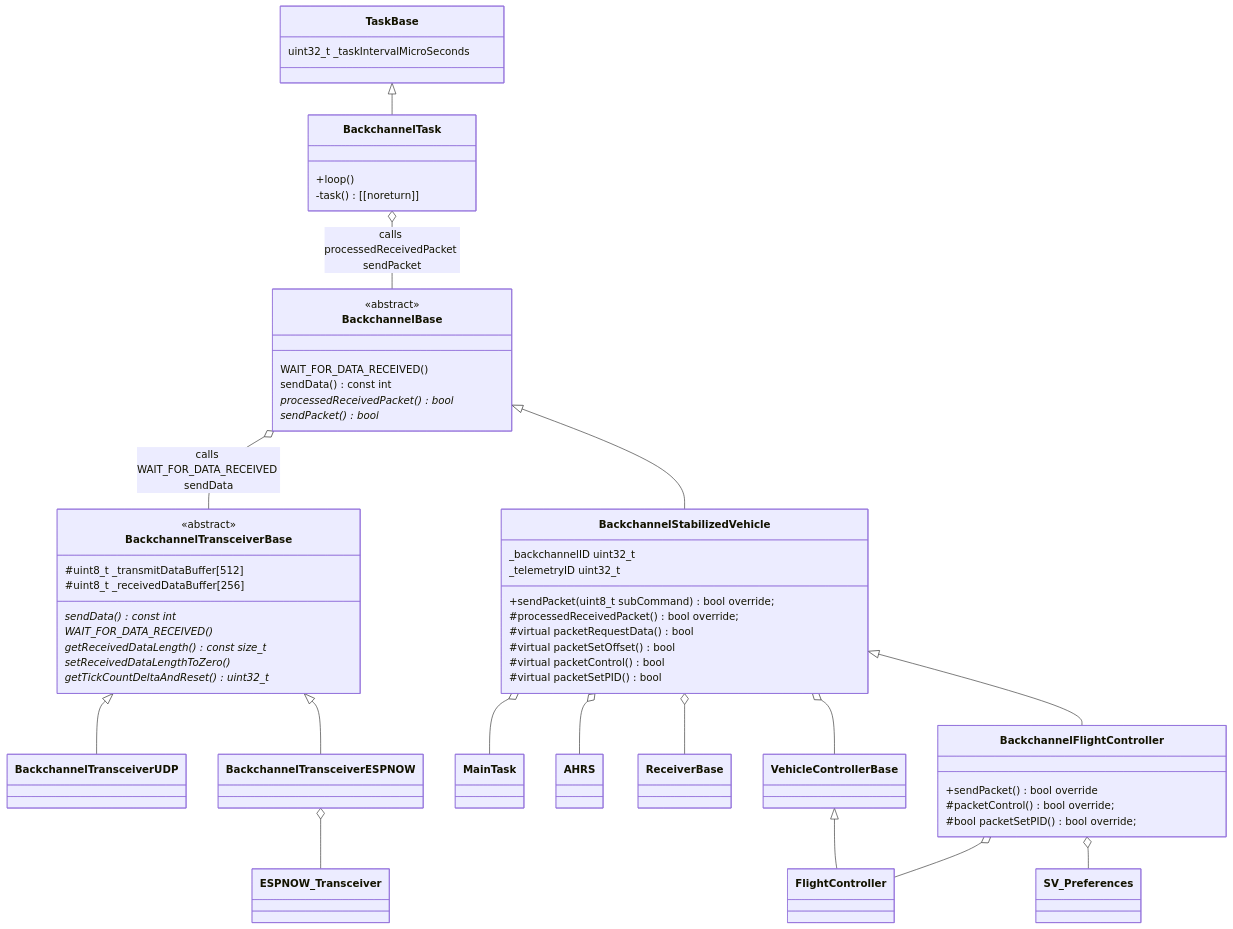
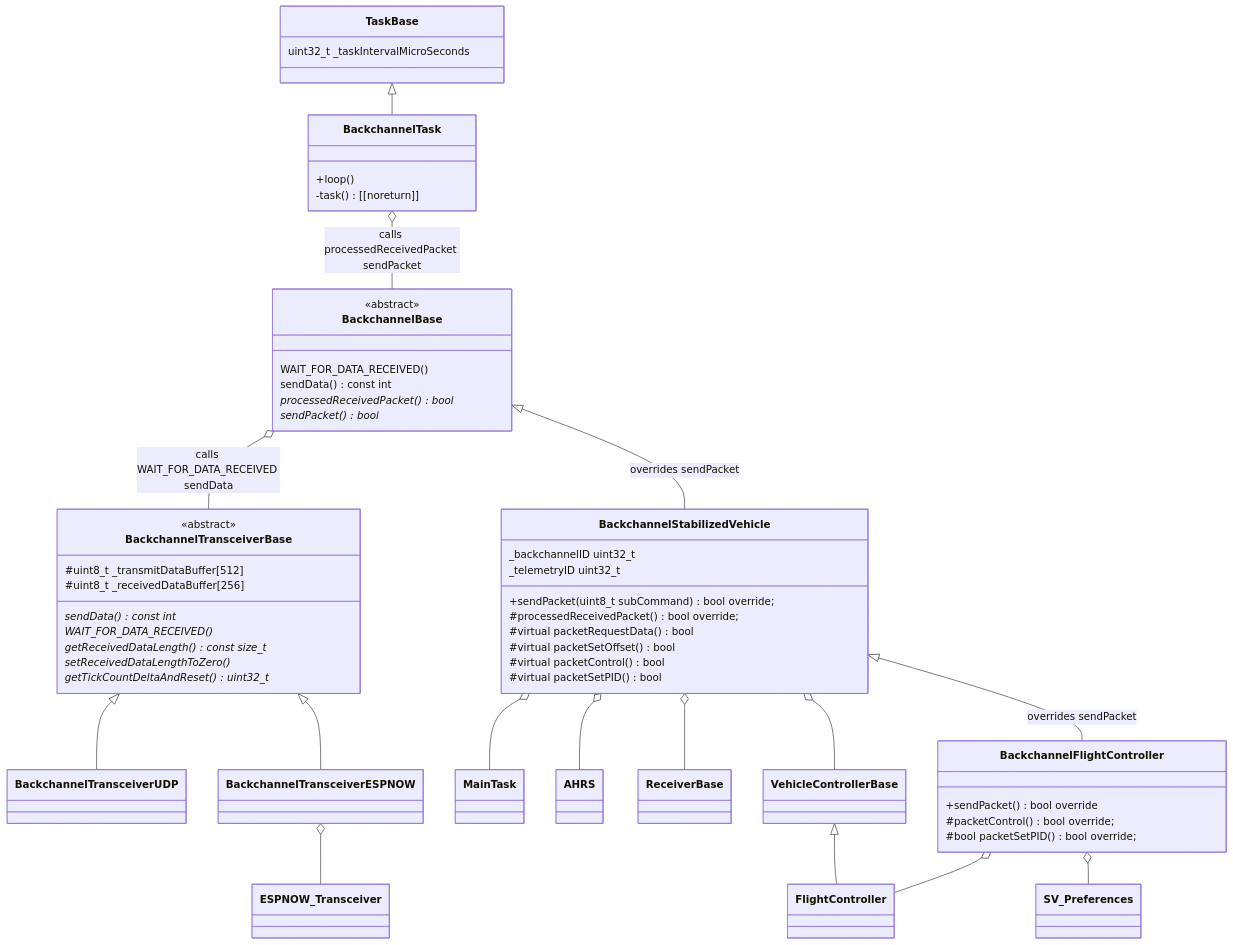
One commit to martinbudden/Protoflight changed the fifth of 5 diagrams in README.md. Above: the diagram before and after it, drawn with Mermaid. The commit also changed 3 other files, not shown here.

````diff
--- a/README.md
+++ b/README.md
@@ -688,64 +688,64 @@
 ```mermaid
 classDiagram
     class BackchannelTransceiverBase {
         <<abstract>>
         sendData() const int *
         WAIT_FOR_DATA_RECEIVED() *
         getReceivedDataLength() const size_t *
         setReceivedDataLengthToZero() *
         getTickCountDeltaAndReset() uint32_t *
         #uint8_t _transmitDataBuffer[512]
         #uint8_t _receivedDataBuffer[256]
     }
 
     class BackchannelBase {
         <<abstract>>
         WAIT_FOR_DATA_RECEIVED()
         sendData() const int
         processedReceivedPacket() bool *
         sendPacket() bool *
     }
     BackchannelBase o-- BackchannelTransceiverBase : calls WAIT_FOR_DATA_RECEIVED sendData
 
     BackchannelTransceiverBase <|-- BackchannelTransceiverUDP
 
     BackchannelTransceiverBase <|-- BackchannelTransceiverESPNOW
     BackchannelTransceiverESPNOW o-- ESPNOW_Transceiver
 
-    BackchannelBase <|-- BackchannelStabilizedVehicle
+    BackchannelBase <|-- BackchannelStabilizedVehicle : overrides sendPacket
     class BackchannelStabilizedVehicle {
         _backchannelID uint32_t
         _telemetryID uint32_t
         +sendPacket(uint8_t subCommand) bool override;
         #processedReceivedPacket() bool override;
         #virtual packetRequestData() bool
         #virtual packetSetOffset() bool
         #virtual packetControl() bool
         #virtual packetSetPID() bool
     }
     BackchannelStabilizedVehicle o-- MainTask
     BackchannelStabilizedVehicle o-- AHRS
     BackchannelStabilizedVehicle o-- ReceiverBase
     BackchannelStabilizedVehicle o-- VehicleControllerBase
 
-    BackchannelStabilizedVehicle <|--BackchannelFlightController
+    BackchannelStabilizedVehicle <|--BackchannelFlightController : overrides sendPacket
     class BackchannelFlightController {
         +sendPacket() bool override
         #packetControl() bool override;
         #bool packetSetPID() bool override;
     }
     VehicleControllerBase <|-- FlightController
     BackchannelFlightController o-- FlightController
     BackchannelFlightController o-- SV_Preferences
 
 
     class TaskBase {
         uint32_t _taskIntervalMicroSeconds
     }
     TaskBase <|-- BackchannelTask
     class BackchannelTask {
         +loop()
         -task() [[noreturn]]
     }
     BackchannelTask o-- BackchannelBase : calls processedReceivedPacket sendPacket
 ```
````
